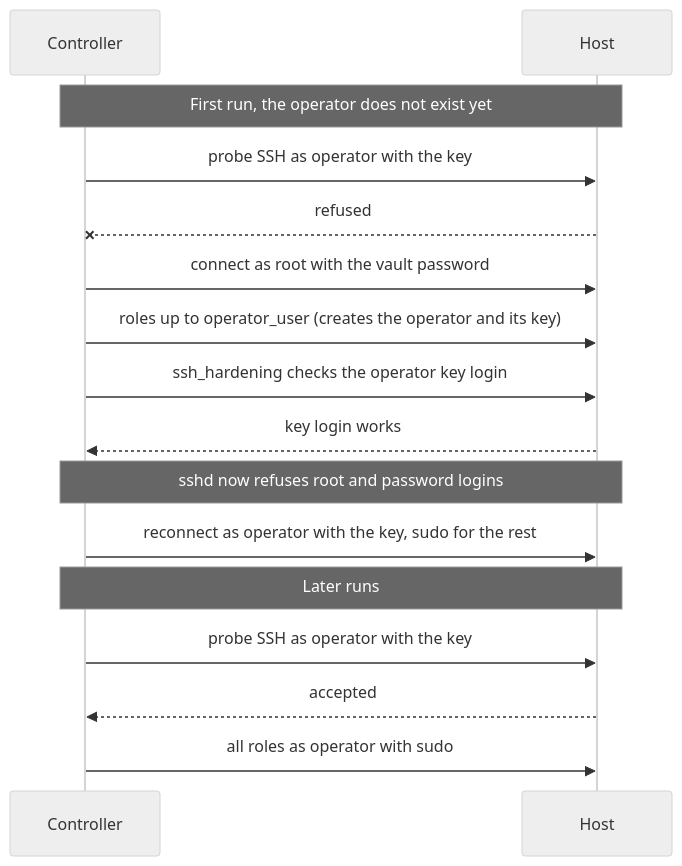
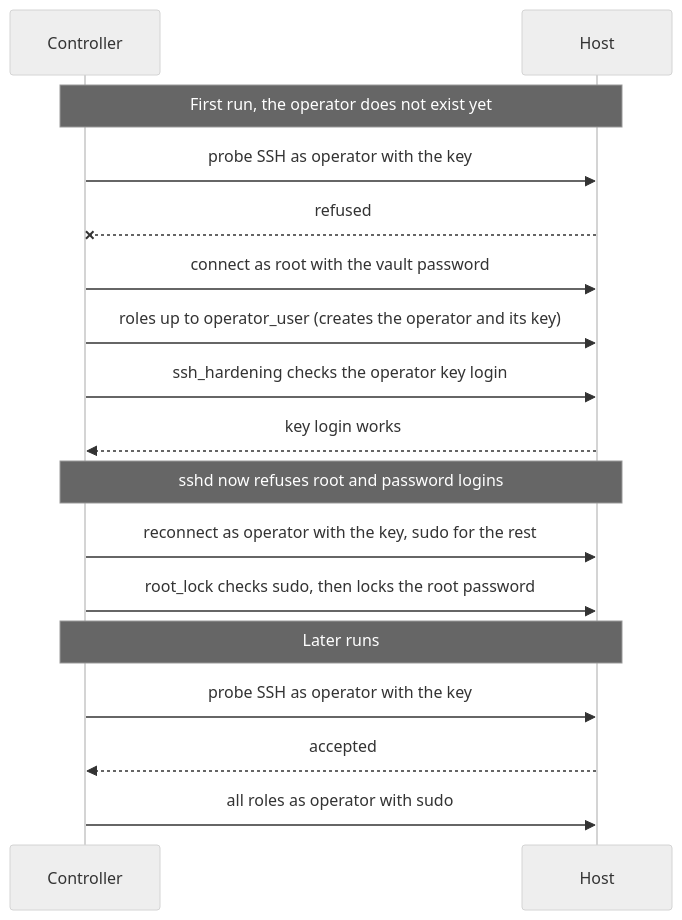
The third of 3 diagrams in docs/architecture.md (nayrosk/nayrosk-ansible), drawn with Mermaid (neutral theme) before and after one commit. The commit also changed other lines of this file and 11 other files, not shown here.

First line of the commit message:
feat(root_lock): lock the root password after the operator gets sudo (#11)

````diff
--- a/docs/architecture.md
+++ b/docs/architecture.md
@@ -83,18 +85,19 @@
 ```mermaid
 sequenceDiagram
     participant C as Controller
     participant H as Host
     Note over C,H: First run, the operator does not exist yet
     C->>H: probe SSH as operator with the key
     H--xC: refused
     C->>H: connect as root with the vault password
     C->>H: roles up to operator_user (creates the operator and its key)
     C->>H: ssh_hardening checks the operator key login
     H-->>C: key login works
     Note over C,H: sshd now refuses root and password logins
     C->>H: reconnect as operator with the key, sudo for the rest
+    C->>H: root_lock checks sudo, then locks the root password
     Note over C,H: Later runs
     C->>H: probe SSH as operator with the key
     H-->>C: accepted
     C->>H: all roles as operator with sudo
 ```
````
